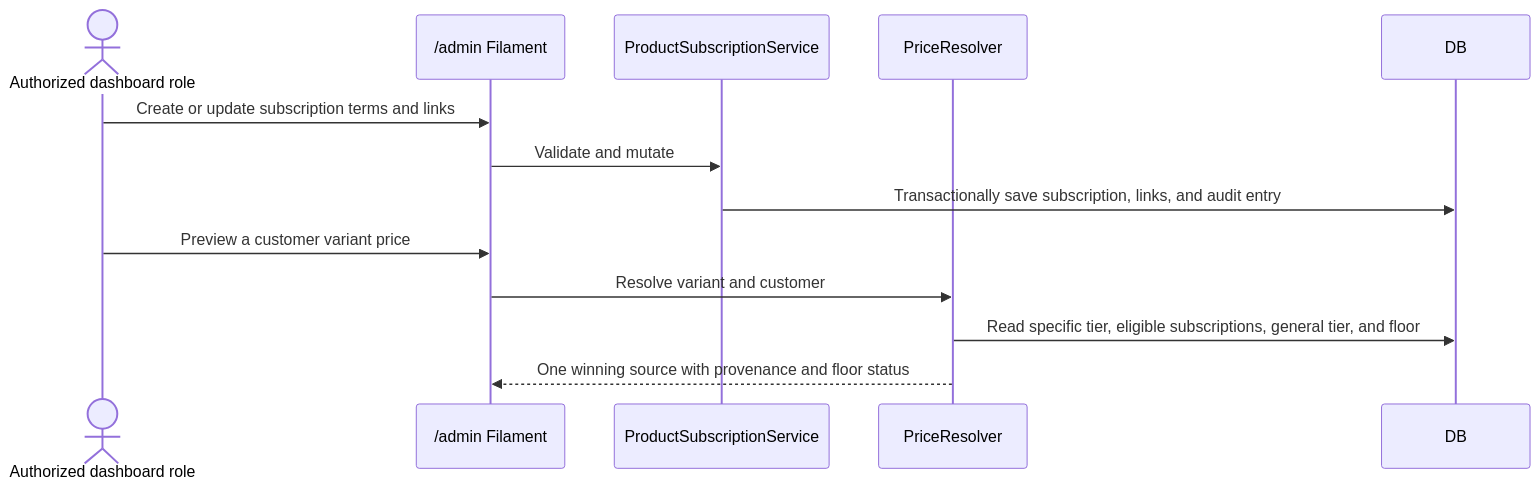
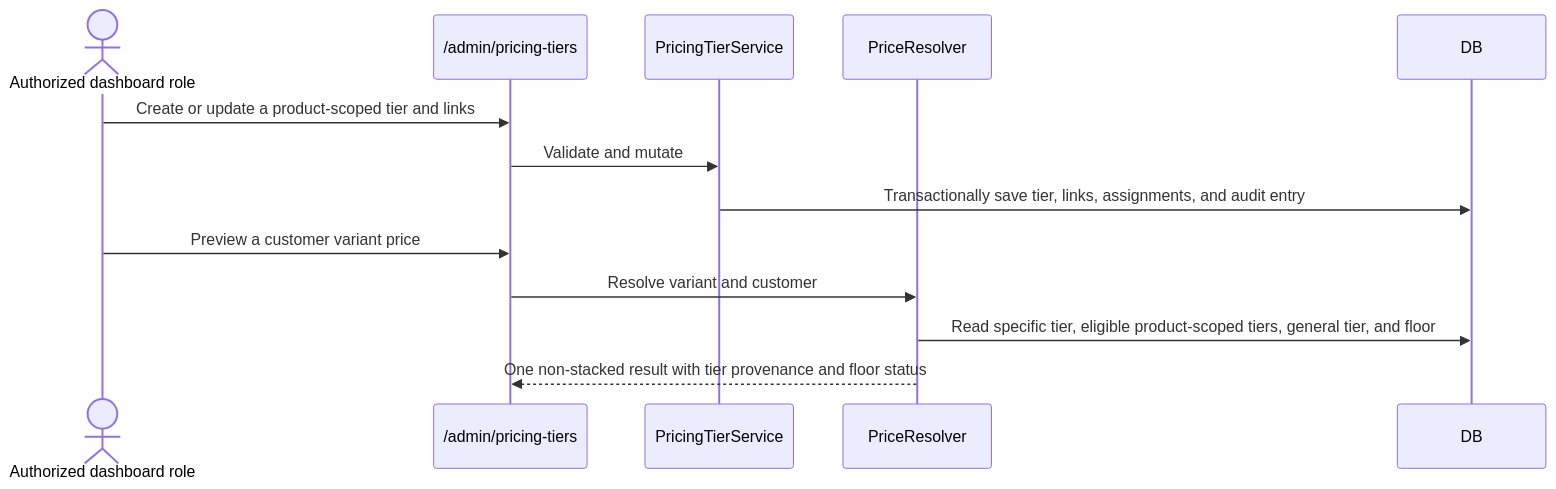
Before and after one commit to MustafaFares445/erp: diagram 15 of 15 in Docs/diagrams/SEQUENCE_DIAGRAMS.md, drawn with Mermaid. The commit also changed other lines of this file and 19 other files, not shown here.

Commit message:
Update CRM specifications and architecture

````diff
--- a/Docs/diagrams/SEQUENCE_DIAGRAMS.md
+++ b/Docs/diagrams/SEQUENCE_DIAGRAMS.md
@@ -271,15 +271,15 @@
 ```mermaid
 sequenceDiagram
     actor Admin as Authorized dashboard role
-    participant Dashboard as /admin Filament
-    participant Service as ProductSubscriptionService
+    participant Dashboard as /admin/pricing-tiers
+    participant Service as PricingTierService
     participant Resolver as PriceResolver
     participant DB
-    Admin->>Dashboard: Create or update subscription terms and links
+    Admin->>Dashboard: Create or update a product-scoped tier and links
     Dashboard->>Service: Validate and mutate
-    Service->>DB: Transactionally save subscription, links, and audit entry
+    Service->>DB: Transactionally save tier, links, assignments, and audit entry
     Admin->>Dashboard: Preview a customer variant price
     Dashboard->>Resolver: Resolve variant and customer
-    Resolver->>DB: Read specific tier, eligible subscriptions, general tier, and floor
-    Resolver-->>Dashboard: One winning source with provenance and floor status
+    Resolver->>DB: Read specific tier, eligible product-scoped tiers, general tier, and floor
+    Resolver-->>Dashboard: One non-stacked result with tier provenance and floor status
 ```
````
